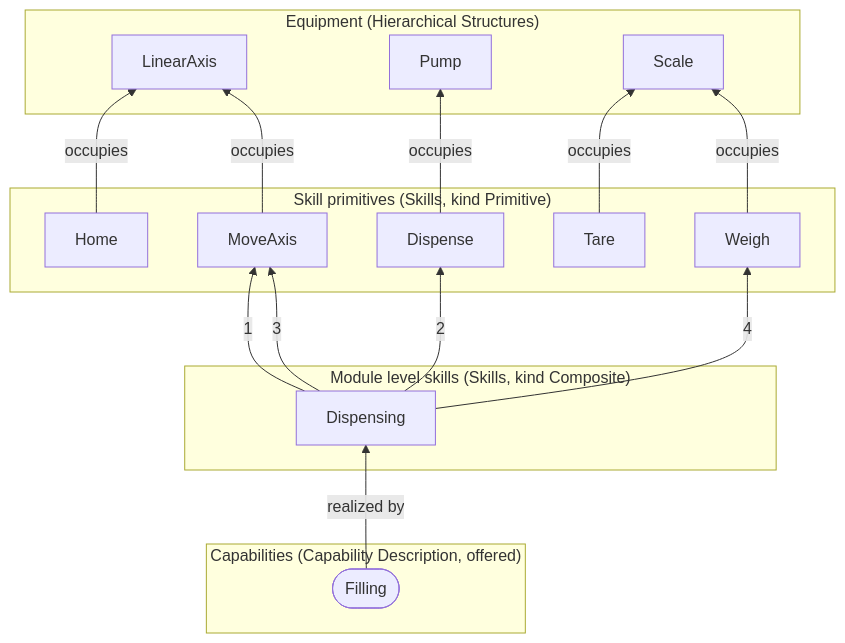
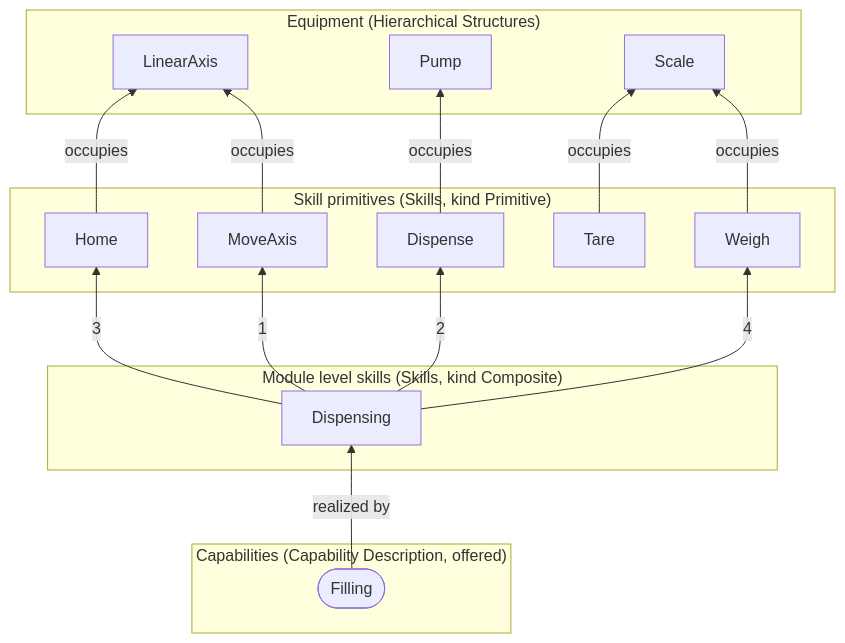
Before and after one commit to AAUSmartProductionLab/iec61499-mgmt-py: the fourth of 8 diagrams in docs/aas-examples.md, drawn with Mermaid. The commit also changed other lines of this file and 11 other files, not shown here.

````diff
--- a/docs/aas-examples.md
+++ b/docs/aas-examples.md
@@ -339,31 +339,31 @@
 ```mermaid
 flowchart BT
   subgraph EQ_FillingModuleAAS["Equipment (Hierarchical Structures)"]
     FillingModuleAASLinearAxis["LinearAxis"]
     FillingModuleAASPump["Pump"]
     FillingModuleAASScale["Scale"]
   end
   subgraph PR_FillingModuleAAS["Skill primitives (Skills, kind Primitive)"]
     FillingModuleAASHome["Home"]
     FillingModuleAASMoveAxis["MoveAxis"]
     FillingModuleAASDispense["Dispense"]
     FillingModuleAASTare["Tare"]
     FillingModuleAASWeigh["Weigh"]
   end
   subgraph CO_FillingModuleAAS["Module level skills (Skills, kind Composite)"]
     FillingModuleAASDispensing["Dispensing"]
   end
   subgraph CA_FillingModuleAAS["Capabilities (Capability Description, offered)"]
     FillingModuleAAScapFilling(["Filling"])
   end
   FillingModuleAASHome -- occupies --> FillingModuleAASLinearAxis
   FillingModuleAASMoveAxis -- occupies --> FillingModuleAASLinearAxis
   FillingModuleAASDispense -- occupies --> FillingModuleAASPump
   FillingModuleAASTare -- occupies --> FillingModuleAASScale
   FillingModuleAASWeigh -- occupies --> FillingModuleAASScale
   FillingModuleAASDispensing -- "1" --> FillingModuleAASMoveAxis
   FillingModuleAASDispensing -- "2" --> FillingModuleAASDispense
-  FillingModuleAASDispensing -- "3" --> FillingModuleAASMoveAxis
+  FillingModuleAASDispensing -- "3" --> FillingModuleAASHome
   FillingModuleAASDispensing -- "4" --> FillingModuleAASWeigh
   FillingModuleAAScapFilling -- realized by --> FillingModuleAASDispensing
 ```
````
